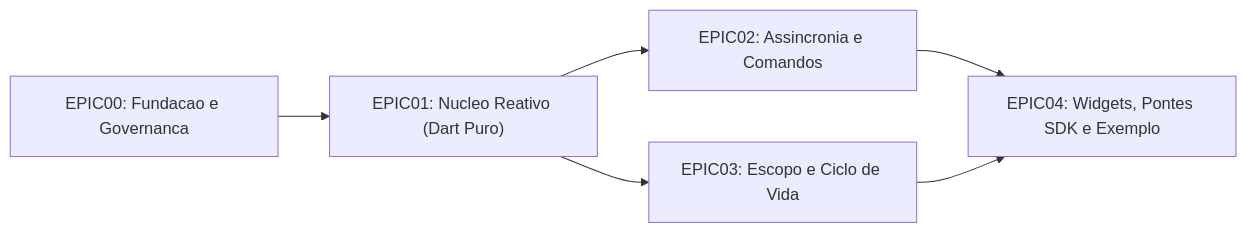
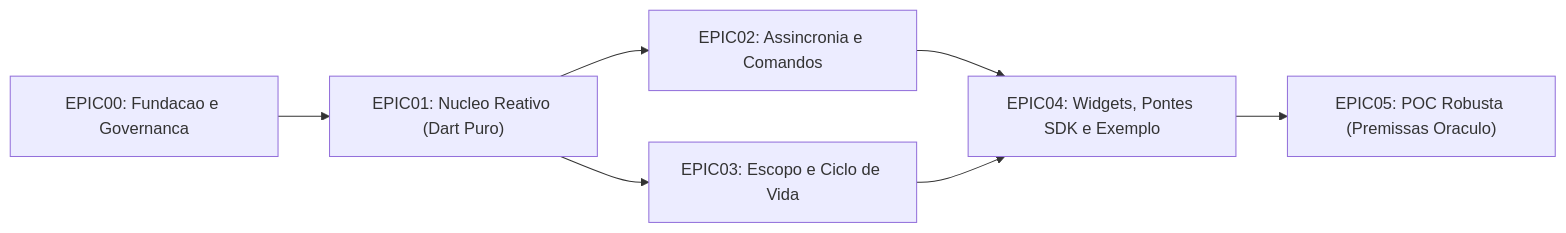
The diagram in docs/plan/README.md (DenersonNobre/Kortex), drawn with Mermaid before and after one commit. The commit also changed other lines of this file and 2 other files, not shown here.

Commit message:
docs(plano): EPIC05 POC robusta com premissas Oraculo (UC-05.01..03)

````diff
--- a/docs/plan/README.md
+++ b/docs/plan/README.md
@@ -10,8 +10,9 @@
 ```mermaid
 flowchart LR
     E0["EPIC00: Fundacao e Governanca"] --> E1["EPIC01: Nucleo Reativo (Dart Puro)"]
     E1 --> E2["EPIC02: Assincronia e Comandos"]
     E1 --> E3["EPIC03: Escopo e Ciclo de Vida"]
     E2 --> E4["EPIC04: Widgets, Pontes SDK e Exemplo"]
     E3 --> E4
+    E4 --> E5["EPIC05: POC Robusta (Premissas Oraculo)"]
 ```
````
